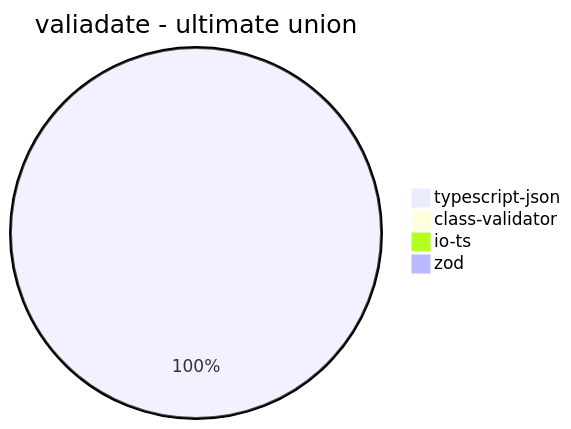
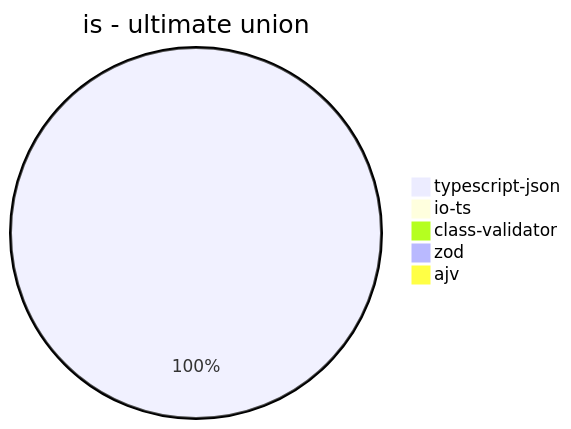
One commit to samchon/typia changed the eighth of 32 diagrams in benchmark/results/AMD Ryzen 7 5800H with Radeon Graphics.md. Above: the diagram before and after it, drawn with Mermaid. The commit also changed other lines of this file and 14 other files, not shown here.

Commit message:
Close #243 and Fix #244 - enhance json schema

````diff
--- a/benchmark/results/AMD Ryzen 7 5800H with Radeon Graphics.md
+++ b/benchmark/results/AMD Ryzen 7 5800H with Radeon Graphics.md
@@ -84,7 +91,8 @@
 ```mermaid
-pie title valiadate - ultimate union
-  "typescript-json": 153.9281905439033
+pie title is - ultimate union
+  "typescript-json": 677.6097381040207
+  "io-ts": 0
   "class-validator": 0
-  "io-ts": 0
   "zod": 0
+  "ajv": 0
 ```
````
